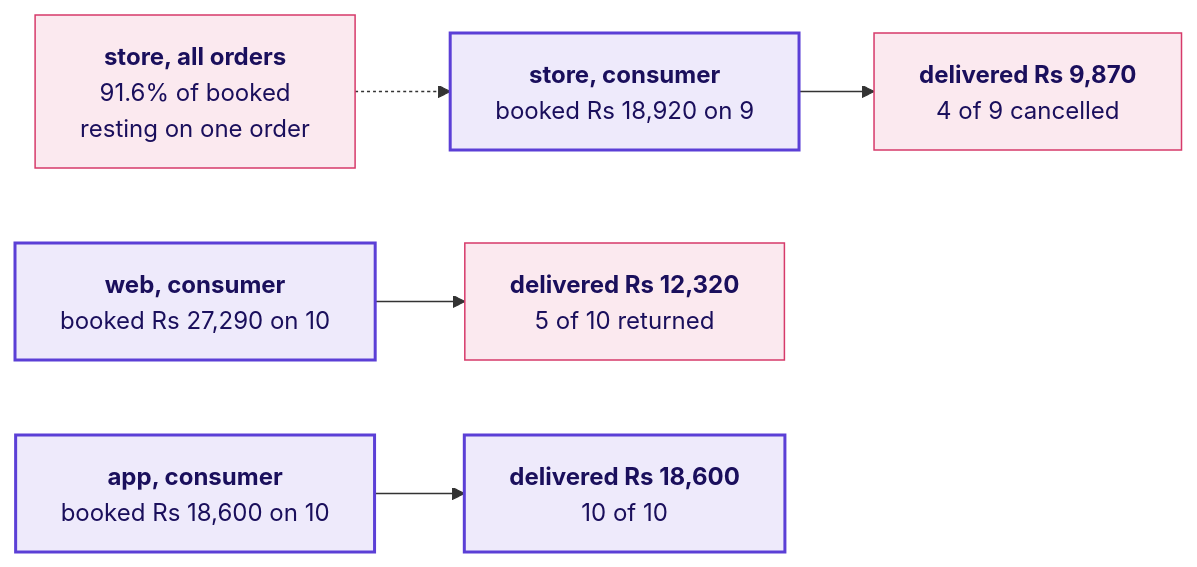
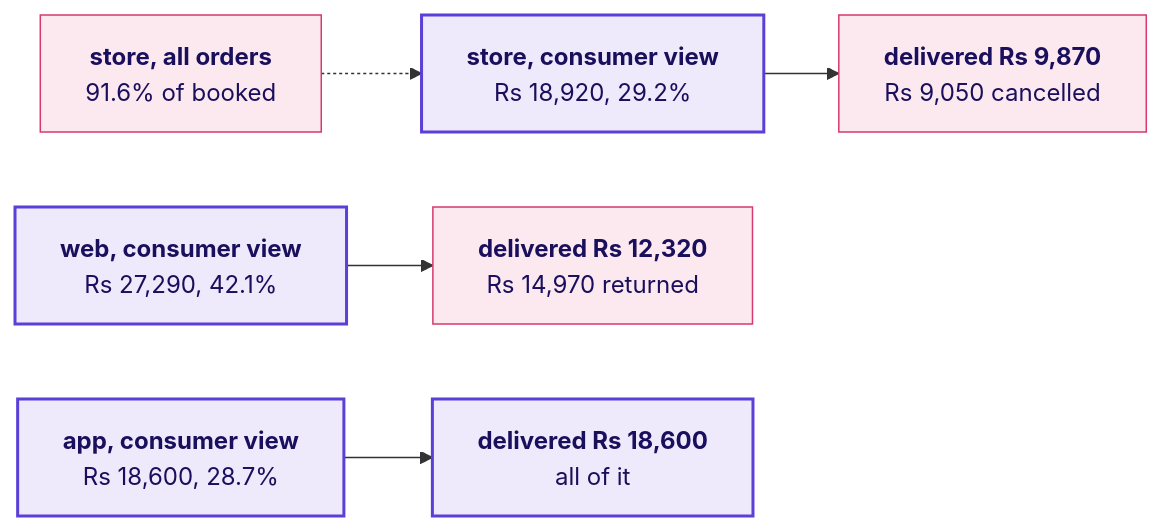
Before and after one commit to fde-academy-lab/c2-content-factory: diagram 13 of 14 in content/W01/D1/whiteboards/C2_W01_D01_board_work_STUDENT.md, drawn with Mermaid. The commit also changed other lines of this file and 32 other files, not shown here.

````diff
--- a/content/W01/D1/whiteboards/C2_W01_D01_board_work_STUDENT.md
+++ b/content/W01/D1/whiteboards/C2_W01_D01_board_work_STUDENT.md
@@ -176,11 +295,11 @@
 ```mermaid
 flowchart LR
-    S0["<b>store, all orders</b><br/>91.6% of booked<br/>resting on one order"] -.-> S["<b>store, consumer</b><br/>booked Rs 18,920 on 9"]
-    S --> SD["<b>delivered Rs 9,870</b><br/>4 of 9 cancelled"]
-    W["<b>web, consumer</b><br/>booked Rs 27,290 on 10"] --> WD["<b>delivered Rs 12,320</b><br/>5 of 10 returned"]
-    A["<b>app, consumer</b><br/>booked Rs 18,600 on 10"] --> AD["<b>delivered Rs 18,600</b><br/>10 of 10"]
+    S0["<b>store, all orders</b><br/>91.6% of booked"] -.-> S["<b>store, consumer view</b><br/>Rs 18,920, 29.2%"]
+    S --> SD["<b>delivered Rs 9,870</b><br/>Rs 9,050 cancelled"]
+    W["<b>web, consumer view</b><br/>Rs 27,290, 42.1%"] --> WD["<b>delivered Rs 12,320</b><br/>Rs 14,970 returned"]
+    A["<b>app, consumer view</b><br/>Rs 18,600, 28.7%"] --> AD["<b>delivered Rs 18,600</b><br/>all of it"]
     classDef known fill:#EEEAFB,stroke:#5B3FD6,color:#1A0F5C,stroke-width:2px
     classDef bad fill:#FBE9EF,stroke:#D63A6A,color:#1A0F5C
     class S,W,A,AD known
     class S0,SD,WD bad
 ```
````
